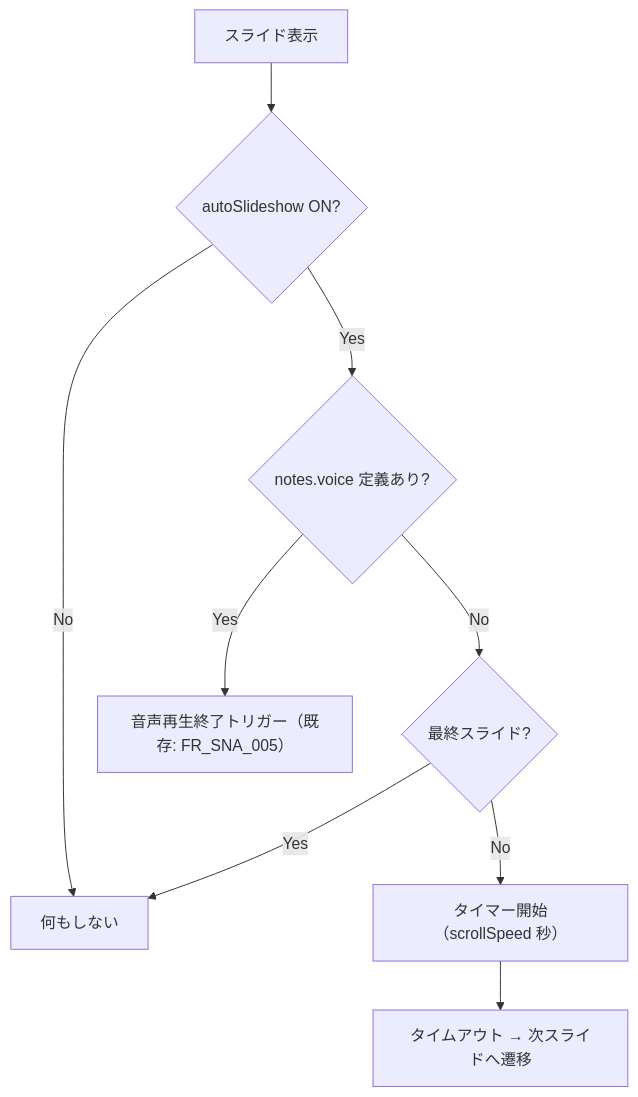
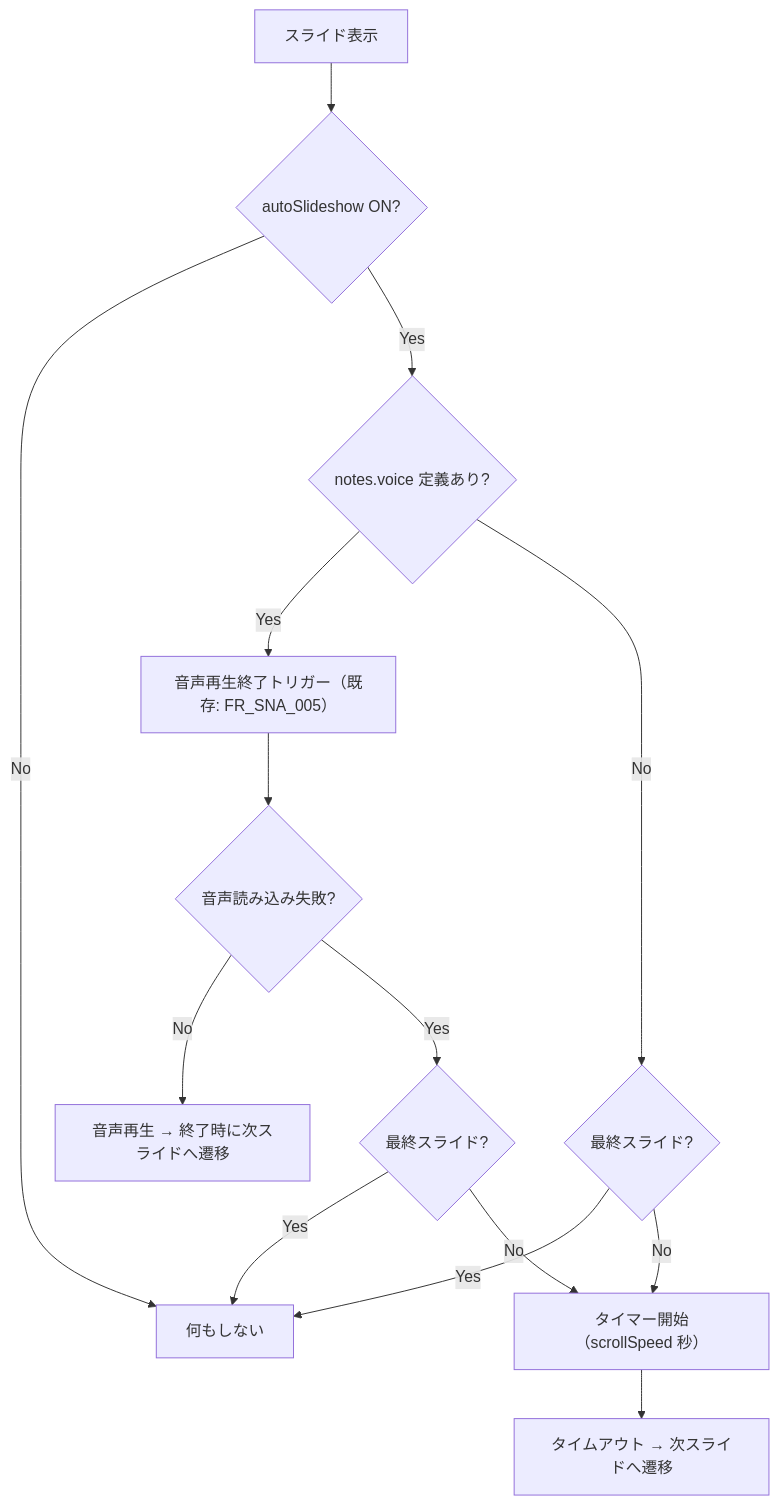
One commit to ToshikiImagawa/slide-presentation-app changed the third of 3 diagrams in .sdd/specification/auto-scroll-timer_spec.md. Above: the diagram before and after it, drawn with Mermaid. The commit also changed other lines of this file and 8 other files, not shown here.

````diff
--- a/.sdd/specification/auto-scroll-timer_spec.md
+++ b/.sdd/specification/auto-scroll-timer_spec.md
@@ -157,11 +157,16 @@
 ```mermaid
 flowchart TD
     A[スライド表示] --> B{autoSlideshow ON?}
     B -- No --> Z[何もしない]
     B -- Yes --> C{notes.voice 定義あり?}
     C -- Yes --> D["音声再生終了トリガー（既存: FR_SNA_005）"]
+    D --> D1{音声読み込み失敗?}
+    D1 -- No --> D2["音声再生 → 終了時に次スライドへ遷移"]
+    D1 -- Yes --> E2{最終スライド?}
     C -- No --> E{最終スライド?}
     E -- Yes --> Z
     E -- No --> F["タイマー開始（scrollSpeed 秒）"]
     F --> G["タイムアウト → 次スライドへ遷移"]
+    E2 -- Yes --> Z
+    E2 -- No --> F
 ```
````
